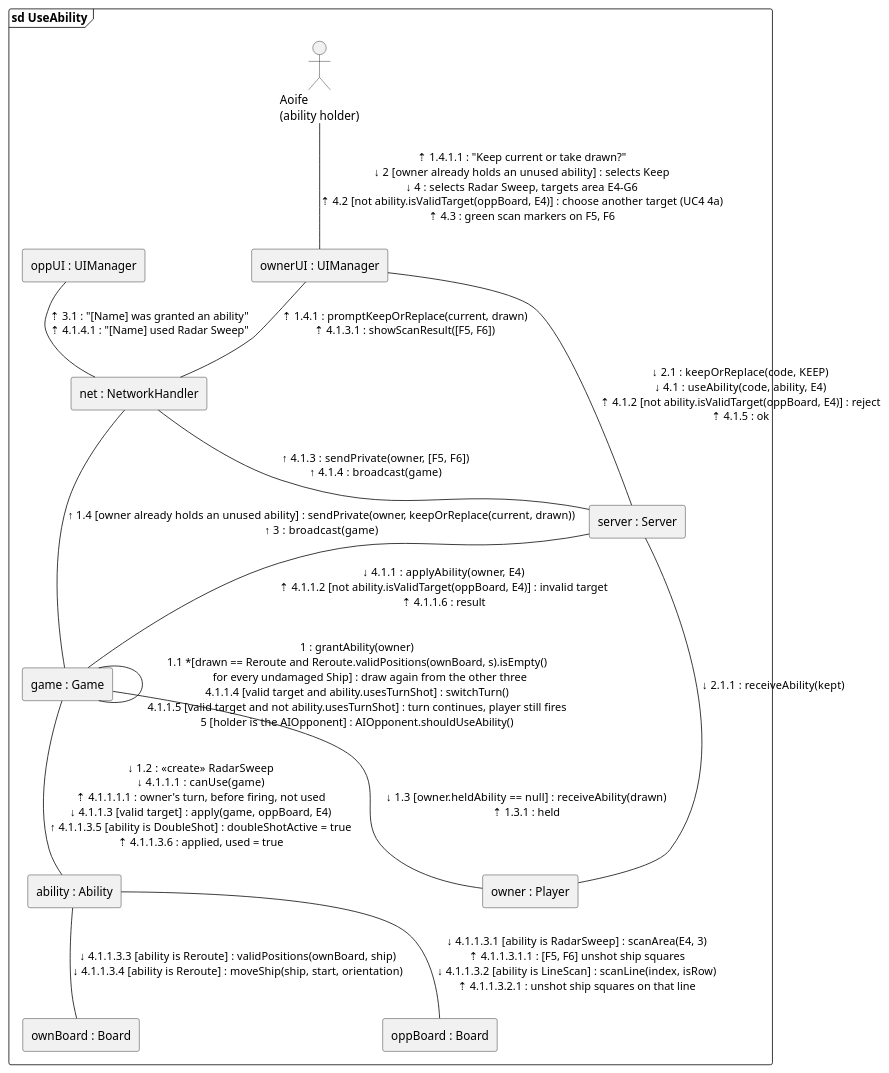
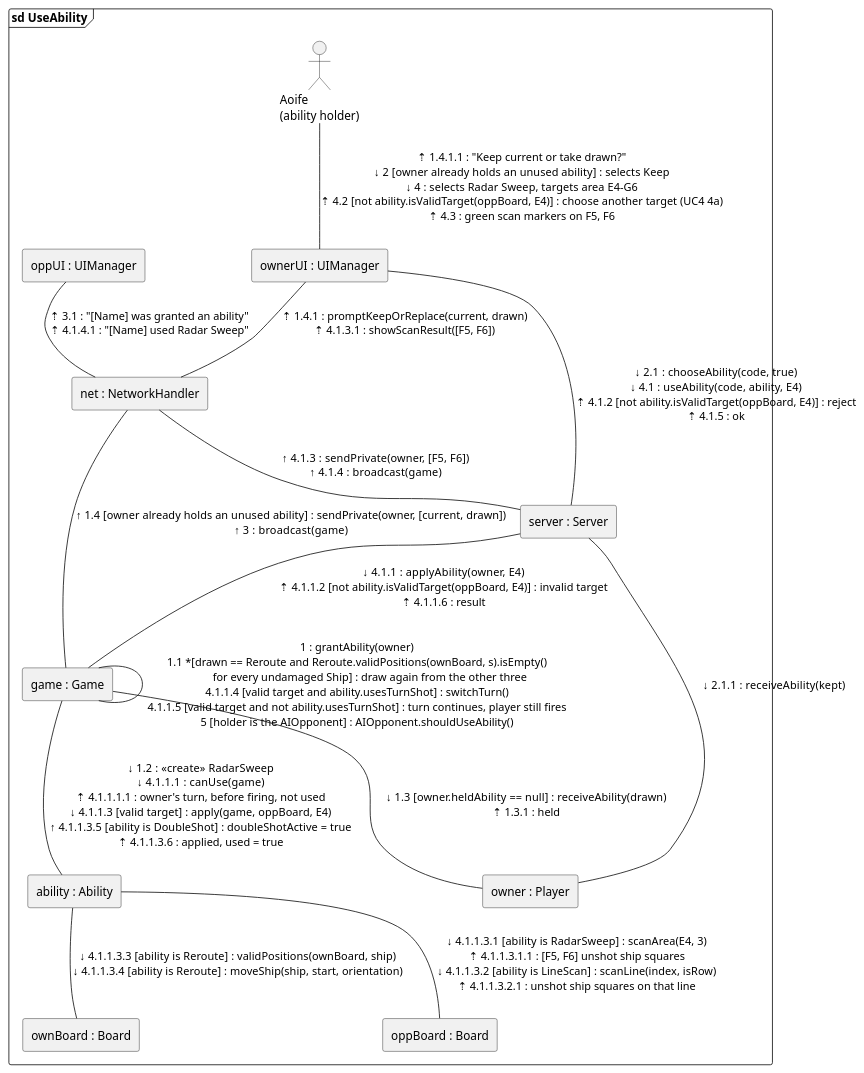
Before and after one commit to queeeety/battleship-online: the diagram in docs/uml/communication/use-ability.puml, drawn with PlantUML. The commit also changed 9 other files, not shown here.

Commit message:
Added section2 diagrams and refreshed diagrams to be seamless

```diff
--- a/docs/uml/communication/use-ability.puml
+++ b/docs/uml/communication/use-ability.puml
@@ -1,27 +1,27 @@
 @startuml 6_4_UseAbility_CommunicationDiagram
 frame "sd UseAbility" {
   actor "Aoife\n(ability holder)" as Owner
   rectangle "ownerUI : UIManager" as UI
   rectangle "net : NetworkHandler" as Net
   rectangle "oppUI : UIManager" as OppUI
   rectangle "server : Server" as Server
   rectangle "game : Game" as Game
   rectangle "owner : Player" as Player
   rectangle "ability : Ability" as Ability
   rectangle "ownBoard : Board" as OwnBoard
   rectangle "oppBoard : Board" as OppBoard
   Owner -down- UI : ⇡ 1.4.1.1 : "Keep current or take drawn?"\n↓ 2 [owner already holds an unused ability] : selects Keep\n↓ 4 : selects Radar Sweep, targets area E4-G6\n⇡ 4.2 [not ability.isValidTarget(oppBoard, E4)] : choose another target (UC4 4a)\n⇡ 4.3 : green scan markers on F5, F6
   UI -down- Net : ⇡ 1.4.1 : promptKeepOrReplace(current, drawn)\n⇡ 4.1.3.1 : showScanResult([F5, F6])
   OppUI -down- Net : ⇡ 3.1 : "[Name] was granted an ability"\n⇡ 4.1.4.1 : &#34;[Name] used Radar Sweep&#34;
-  UI -down- Server : ↓ 2.1 : keepOrReplace(code, KEEP)\n↓ 4.1 : useAbility(code, ability, E4)\n⇡ 4.1.2 [not ability.isValidTarget(oppBoard, E4)] : reject\n⇡ 4.1.5 : ok
+  UI -down- Server : ↓ 2.1 : chooseAbility(code, true)\n↓ 4.1 : useAbility(code, ability, E4)\n⇡ 4.1.2 [not ability.isValidTarget(oppBoard, E4)] : reject\n⇡ 4.1.5 : ok
   Net -down- Server : ↑ 4.1.3 : sendPrivate(owner, [F5, F6])\n↑ 4.1.4 : broadcast(game)
-  Net -down- Game : ↑ 1.4 [owner already holds an unused ability] : sendPrivate(owner, keepOrReplace(current, drawn))\n↑ 3 : broadcast(game)
+  Net -down- Game : ↑ 1.4 [owner already holds an unused ability] : sendPrivate(owner, [current, drawn])\n↑ 3 : broadcast(game)
   Server -down- Game : ↓ 4.1.1 : applyAbility(owner, E4)\n⇡ 4.1.1.2 [not ability.isValidTarget(oppBoard, E4)] : invalid target\n⇡ 4.1.1.6 : result
   Server -down- Player : ↓ 2.1.1 : receiveAbility(kept)
   Game -- Game : 1 : grantAbility(owner)\n1.1 *[drawn == Reroute and Reroute.validPositions(ownBoard, s).isEmpty()\n         for every undamaged Ship] : draw again from the other three\n4.1.1.4 [valid target and ability.usesTurnShot] : switchTurn()\n4.1.1.5 [valid target and not ability.usesTurnShot] : turn continues, player still fires\n5 [holder is the AIOpponent] : AIOpponent.shouldUseAbility()
   Game -down- Ability : ↓ 1.2 : <<create>> RadarSweep\n↓ 4.1.1.1 : canUse(game)\n⇡ 4.1.1.1.1 : owner's turn, before firing, not used\n↓ 4.1.1.3 [valid target] : apply(game, oppBoard, E4)\n↑ 4.1.1.3.5 [ability is DoubleShot] : doubleShotActive = true\n⇡ 4.1.1.3.6 : applied, used = true
   Game -down- Player : ↓ 1.3 [owner.heldAbility == null] : receiveAbility(drawn)\n⇡ 1.3.1 : held
   Ability -down- OppBoard : ↓ 4.1.1.3.1 [ability is RadarSweep] : scanArea(E4, 3)\n⇡ 4.1.1.3.1.1 : [F5, F6] unshot ship squares\n↓ 4.1.1.3.2 [ability is LineScan] : scanLine(index, isRow)\n⇡ 4.1.1.3.2.1 : unshot ship squares on that line
   Ability -down- OwnBoard : ↓ 4.1.1.3.3 [ability is Reroute] : validPositions(ownBoard, ship)\n↓ 4.1.1.3.4 [ability is Reroute] : moveShip(ship, start, orientation)
 }
 @enduml
```
